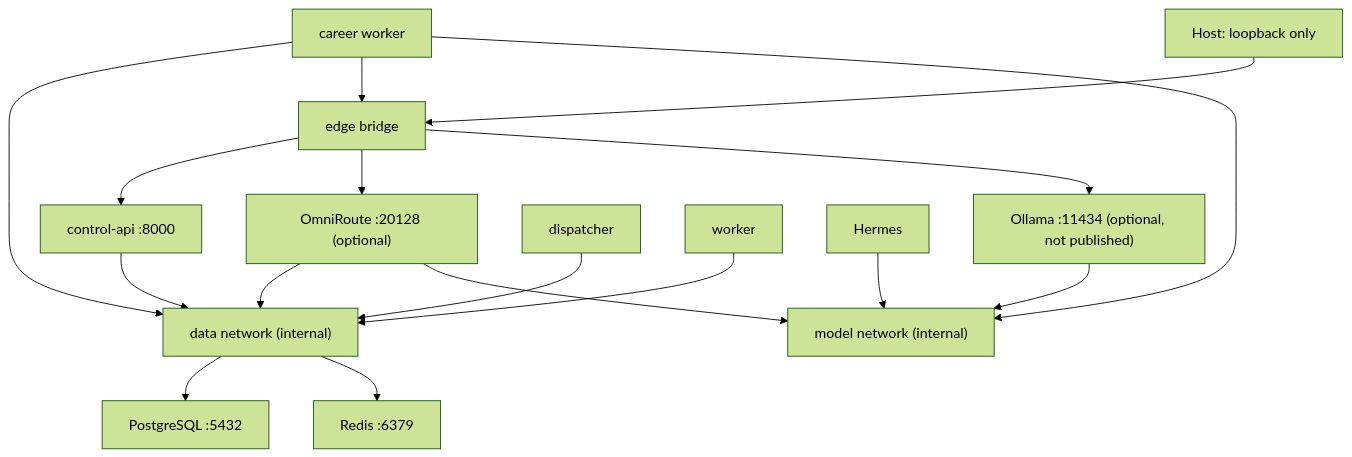
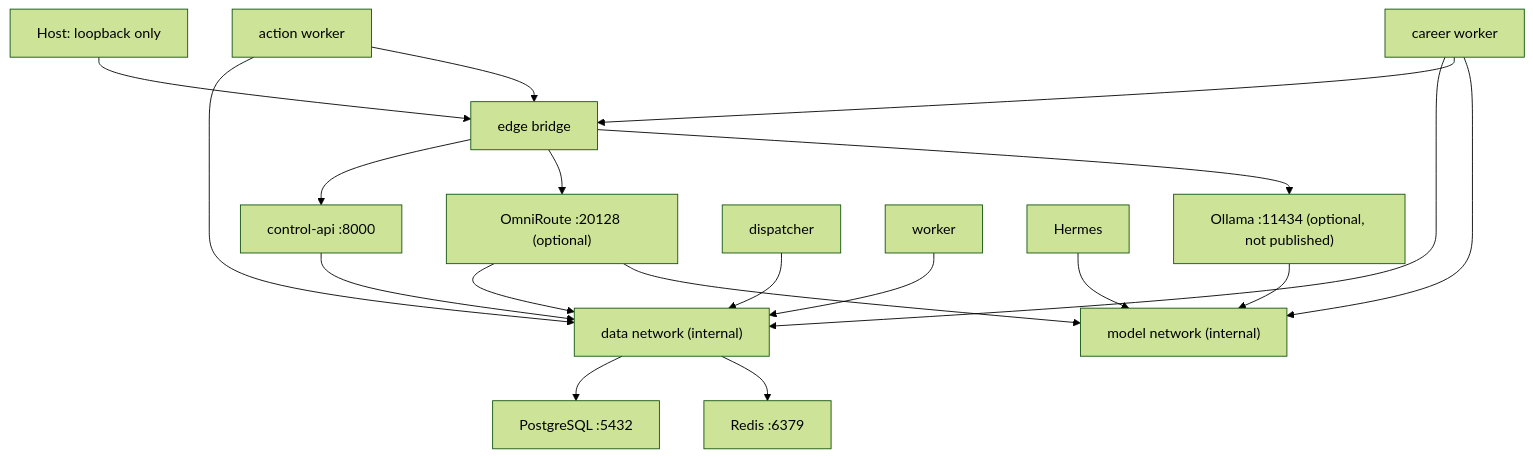
One commit to ReaperXD67/autonomous-personal-agent changed the diagram in docs/architecture/networking.md. Above: the diagram before and after it, drawn with Mermaid (forest theme). The commit also changed other lines of this file and 58 other files, not shown here.

````diff
--- a/docs/architecture/networking.md
+++ b/docs/architecture/networking.md
@@ -3,21 +3,23 @@
 ```mermaid
 flowchart TB
     HOST["Host: loopback only"] --> EDGE["edge bridge"]
     EDGE --> API["control-api :8000"]
     EDGE --> OR["OmniRoute :20128 (optional)"]
     EDGE --> OL["Ollama :11434 (optional, not published)"]
 
     API --> DATA["data network (internal)"]
     DISPATCHER["dispatcher"] --> DATA
     WORKER["worker"] --> DATA
     JOB["career worker"] --> DATA
     JOB --> EDGE
     JOB --> MODEL
+    ACTION["action worker"] --> DATA
+    ACTION --> EDGE
     OR --> DATA
     DATA --> PG["PostgreSQL :5432"]
     DATA --> REDIS["Redis :6379"]
 
     H["Hermes"] --> MODEL["model network (internal)"]
     OR --> MODEL
     OL --> MODEL
 ```
````
